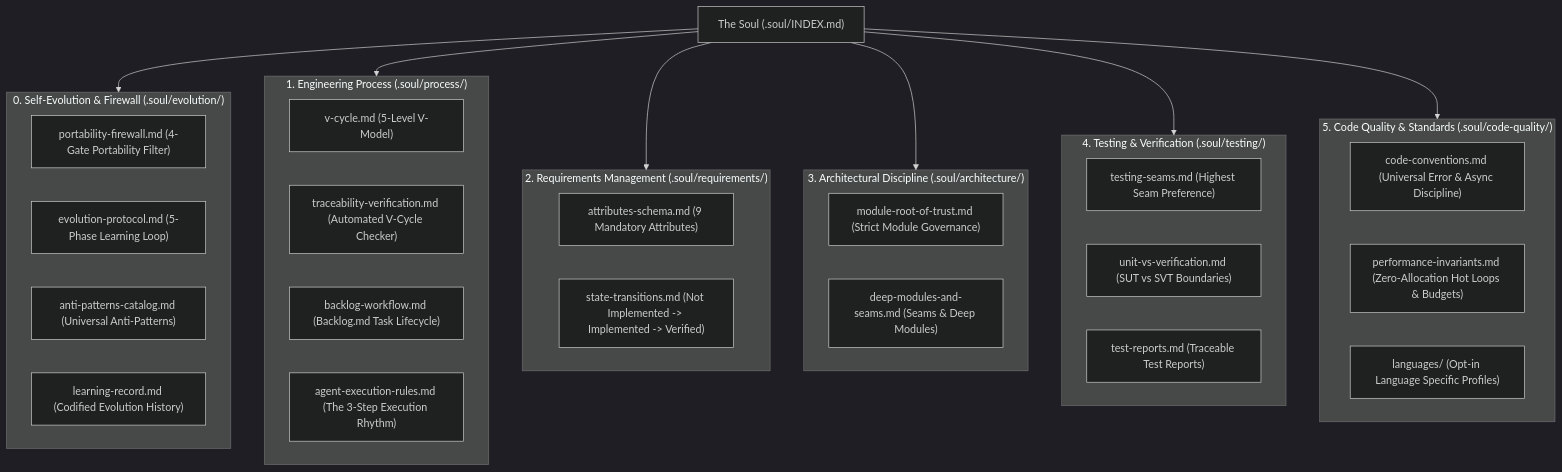
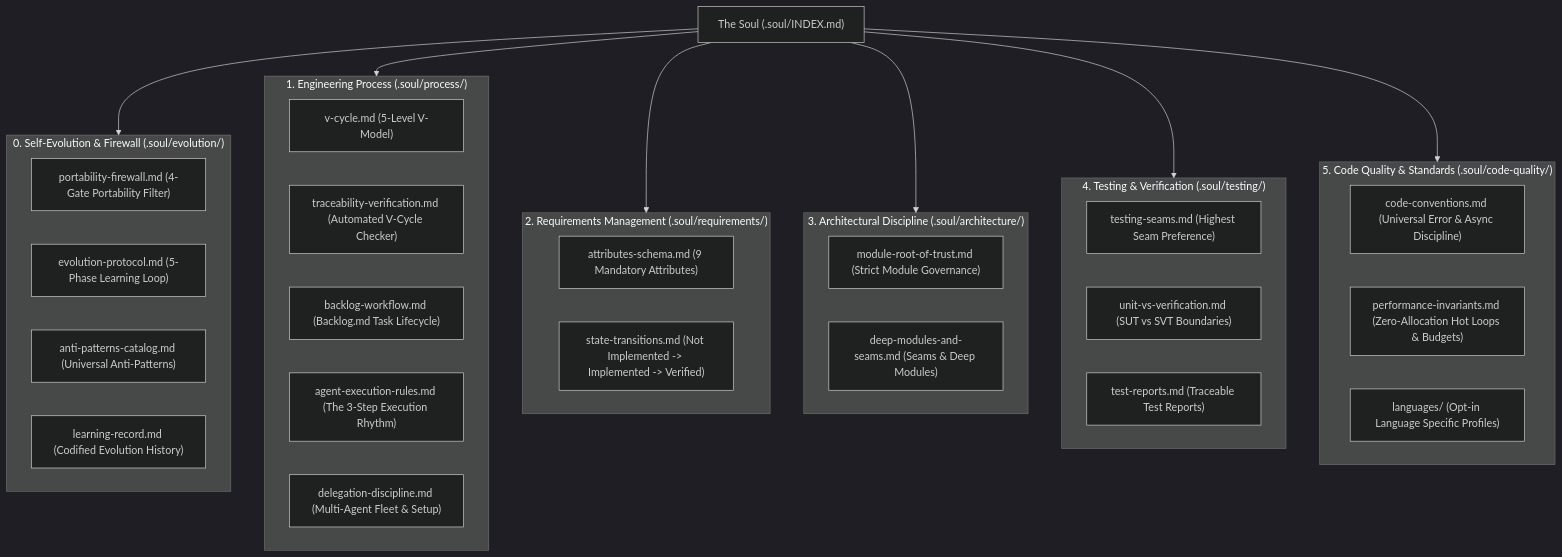
Before and after one commit to mr0bit/agmux: the diagram in .soul/INDEX.md, drawn with Mermaid (dark theme). The commit also changed other lines of this file and 39 other files, not shown here.

Commit message:
feat: add delegation discipline to .soul, migrate backlog to .backlog, and reslice Phase 0 into vertical tracer bullets

````diff
--- a/.soul/INDEX.md
+++ b/.soul/INDEX.md
@@ -7,47 +7,48 @@
 ```mermaid
 flowchart TD
     Soul["The Soul (.soul/INDEX.md)"]
     
     subgraph Evolution["0. Self-Evolution & Firewall (.soul/evolution/)"]
         Firewall["portability-firewall.md (4-Gate Portability Filter)"]
         Protocol["evolution-protocol.md (5-Phase Learning Loop)"]
         AntiPatterns["anti-patterns-catalog.md (Universal Anti-Patterns)"]
         Ledger["learning-record.md (Codified Evolution History)"]
     end
 
     subgraph Process["1. Engineering Process (.soul/process/)"]
         VCycle["v-cycle.md (5-Level V-Model)"]
         TraceCheck["traceability-verification.md (Automated V-Cycle Checker)"]
         Backlog["backlog-workflow.md (Backlog.md Task Lifecycle)"]
         ExecRules["agent-execution-rules.md (The 3-Step Execution Rhythm)"]
+        Delegation["delegation-discipline.md (Multi-Agent Fleet & Setup)"]
     end
     
     subgraph Requirements["2. Requirements Management (.soul/requirements/)"]
         AttrSchema["attributes-schema.md (9 Mandatory Attributes)"]
         StateTrans["state-transitions.md (Not Implemented -> Implemented -> Verified)"]
     end
     
     subgraph Architecture["3. Architectural Discipline (.soul/architecture/)"]
         ModuleTrust["module-root-of-trust.md (Strict Module Governance)"]
         DeepSeams["deep-modules-and-seams.md (Seams & Deep Modules)"]
     end
     
     subgraph Testing["4. Testing & Verification (.soul/testing/)"]
         Seams["testing-seams.md (Highest Seam Preference)"]
         UnitVsVerif["unit-vs-verification.md (SUT vs SVT Boundaries)"]
         TestReports["test-reports.md (Traceable Test Reports)"]
     end
     
     subgraph CodeQuality["5. Code Quality & Standards (.soul/code-quality/)"]
         Conventions["code-conventions.md (Universal Error & Async Discipline)"]
         PerfInvariants["performance-invariants.md (Zero-Allocation Hot Loops & Budgets)"]
         LangProfiles["languages/ (Opt-in Language Specific Profiles)"]
     end
 
     Soul --> Evolution
     Soul --> Process
     Soul --> Requirements
     Soul --> Architecture
     Soul --> Testing
     Soul --> CodeQuality
 ```
````
